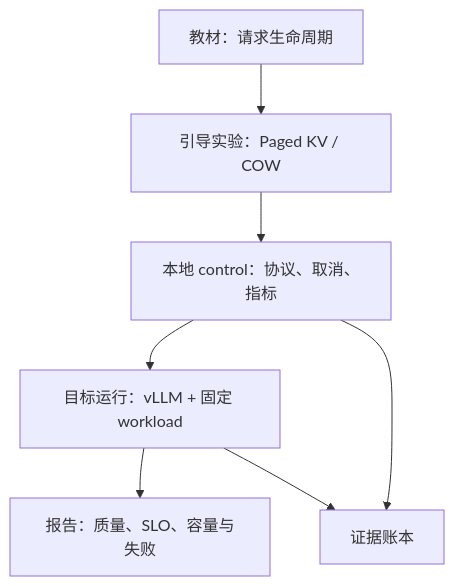
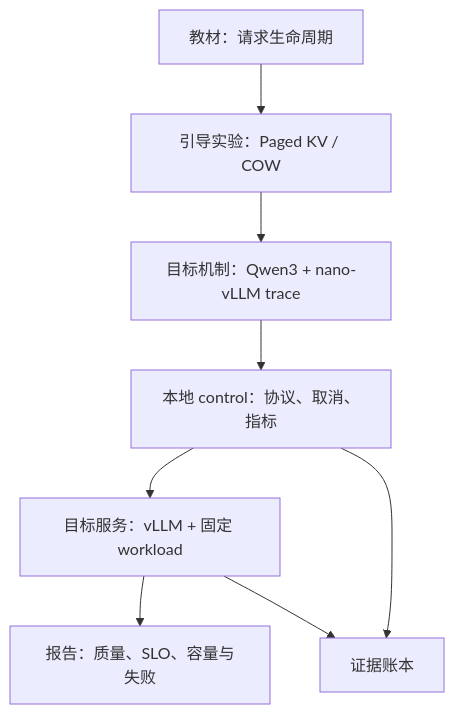
The diagram in docs/practice/projects/inference-serving.md (NightLemon/about-llm), drawn with Mermaid before and after one commit. The commit also changed other lines of this file and 8 other files, not shown here.

Commit message:
docs: trace Qwen3 through nano-vllm

````diff
--- a/docs/practice/projects/inference-serving.md
+++ b/docs/practice/projects/inference-serving.md
@@ -32,9 +34,10 @@
 ```mermaid
 flowchart TD
   A["教材：请求生命周期"] --> B["引导实验：Paged KV / COW"]
-  B --> C["本地 control：协议、取消、指标"]
-  C --> D["目标运行：vLLM + 固定 workload"]
+  B --> N["目标机制：Qwen3 + nano-vLLM trace"]
+  N --> C["本地 control：协议、取消、指标"]
+  C --> D["目标服务：vLLM + 固定 workload"]
   D --> E["报告：质量、SLO、容量与失败"]
   C --> F["证据账本"]
   D --> F
 ```
````
